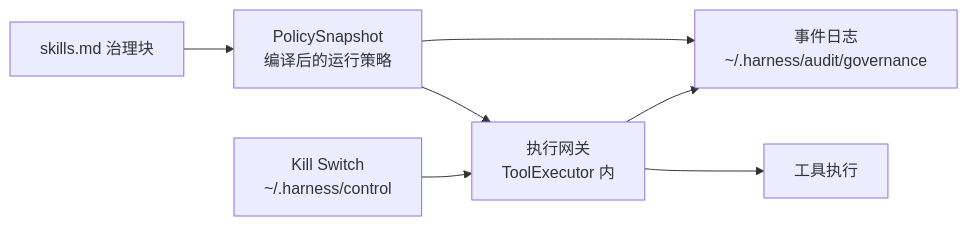
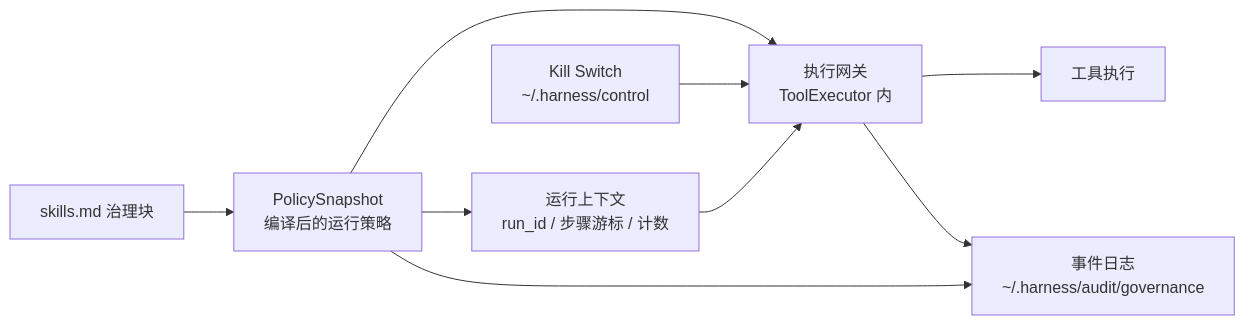
Before and after one commit to wonglaitung/harness: the diagram in packages/sdk/docs/21-hkma-agentic-governance.md, drawn with Mermaid. The commit also changed other lines of this file and 1 other file, not shown here.

````diff
--- a/packages/sdk/docs/21-hkma-agentic-governance.md
+++ b/packages/sdk/docs/21-hkma-agentic-governance.md
@@ -97,9 +135,11 @@
 ```mermaid
 flowchart LR
     A[skills.md 治理块] --> B[PolicySnapshot<br/>编译后的运行策略]
     B --> C[执行网关<br/>ToolExecutor 内]
     C --> D[工具执行]
     E[Kill Switch<br/>~/.harness/control] --> C
     C --> F[事件日志<br/>~/.harness/audit/governance]
     B --> F
+    G[运行上下文<br/>run_id / 步骤游标 / 计数] --> C
+    B --> G
 ```
````
